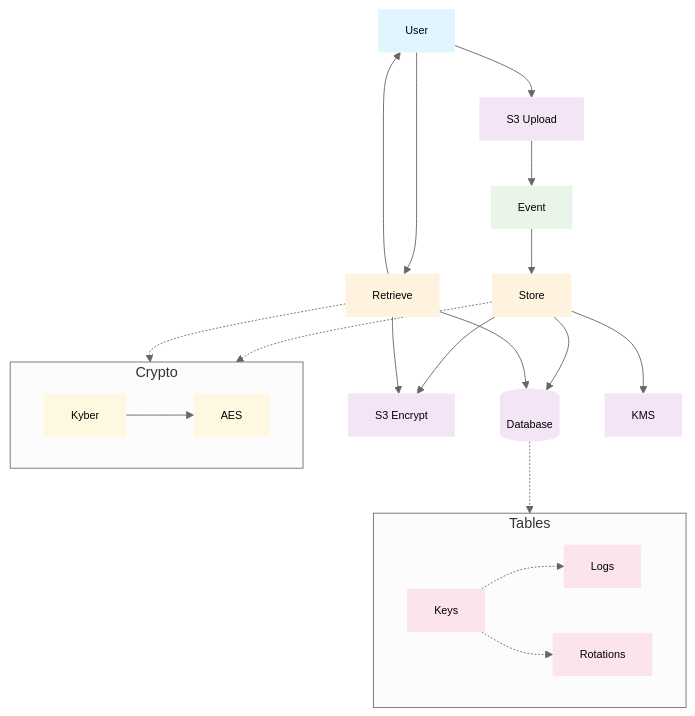
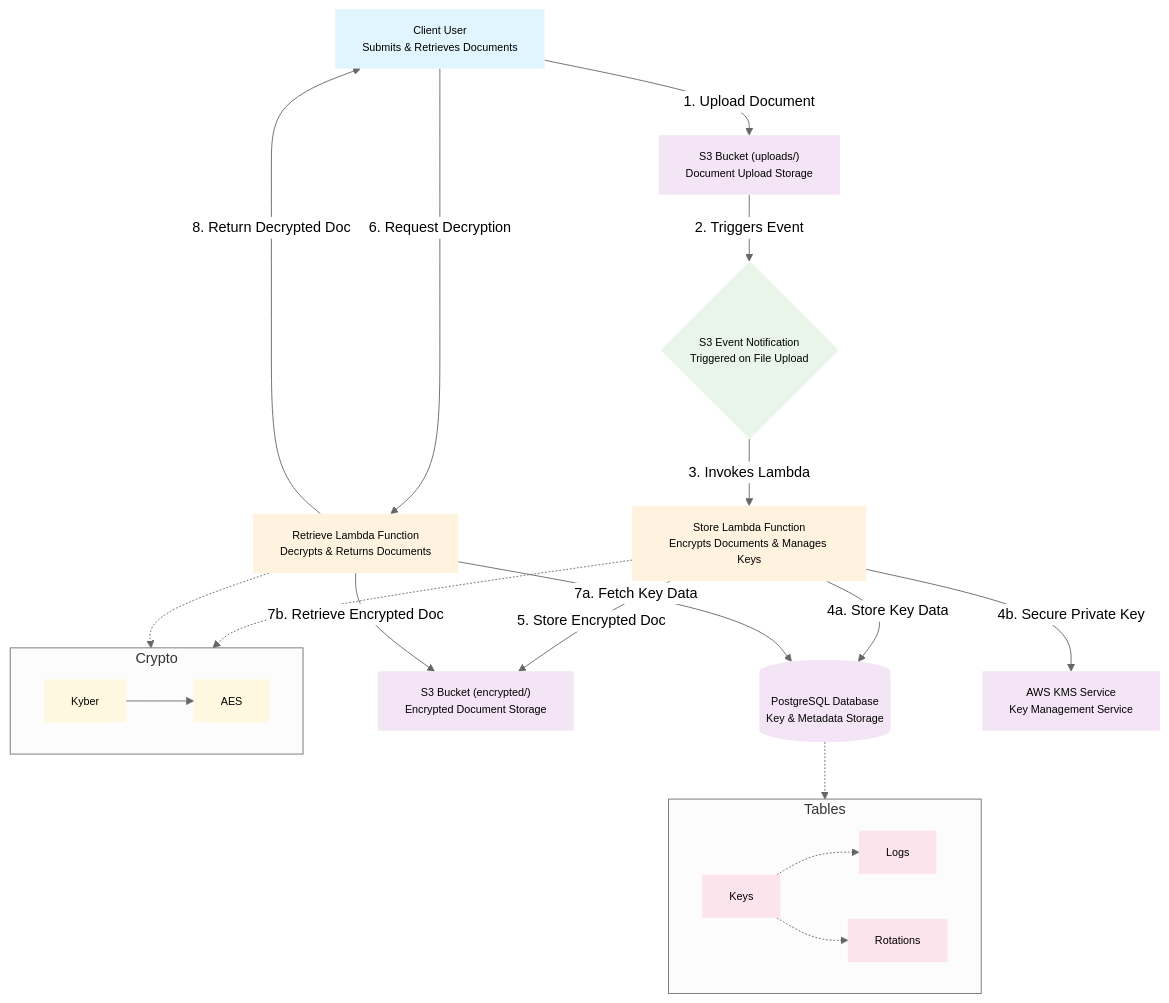
The diagram in architecture.mmd (m1rl0k/pqfile), drawn with Mermaid (neutral theme) before and after one commit.

```diff
--- a/architecture.mmd
+++ b/architecture.mmd
@@ -1,68 +1,80 @@
-graph TB
-    %% External Components
-    User["User"]
-    S3Up["S3 Upload"]
-    S3Enc["S3 Encrypt"]
+flowchart TB
+    %% Define node styles with wider width to prevent text cutoff
+    classDef userNode fill:#f9f,stroke:#333,stroke-width:2px
+    classDef storageNode fill:#bbf,stroke:#333,stroke-width:2px
+    classDef serviceNode fill:#bfb,stroke:#333,stroke-width:2px
+    classDef eventNode fill:#fbb,stroke:#333,stroke-width:2px
+    
+    %% External Components with descriptive labels
+    User["Client User\nSubmits & Retrieves Documents"] 
+    S3Up["S3 Bucket (uploads/)\nDocument Upload Storage"] 
+    S3Enc["S3 Bucket (encrypted/)\nEncrypted Document Storage"] 
 
-    %% Core Services
-    Store["Store"]
-    Retrieve["Retrieve"]
-    DB[("Database")]
-    KMS["KMS"]
+    %% Core Services with descriptive labels
+    Store["Store Lambda Function\nEncrypts Documents & Manages Keys"] 
+    Retrieve["Retrieve Lambda Function\nDecrypts & Returns Documents"] 
+    DB[("PostgreSQL Database\nKey & Metadata Storage")] 
+    KMS["AWS KMS Service\nKey Management Service"] 
 
     %% Event Flow
-    Event["Event"]
+    Event{"S3 Event Notification\nTriggered on File Upload"} 
     
-    %% User Interactions
-    User --> S3Up
-    User --> Retrieve
+    %% Flow Connections with labels
+    User -->|"1. Upload Document"| S3Up
+    User -->|"6. Request Decryption"| Retrieve
 
     %% Automatic Encryption Flow
-    S3Up --> Event
-    Event --> Store
-    Store --> DB
-    Store --> KMS
-    Store --> S3Enc
+    S3Up -->|"2. Triggers Event"| Event
+    Event -->|"3. Invokes Lambda"| Store
+    Store -->|"4a. Store Key Data"| DB
+    Store -->|"4b. Secure Private Key"| KMS
+    Store -->|"5. Store Encrypted Doc"| S3Enc
 
     %% Decryption Flow
-    Retrieve --> DB
-    Retrieve --> S3Enc
-    Retrieve --> User
+    Retrieve -->|"7a. Fetch Key Data"| DB
+    Retrieve -->|"7b. Retrieve Encrypted Doc"| S3Enc
+    Retrieve -->|"8. Return Decrypted Doc"| User
     
+    %% Apply styles
+    class User userNode
+    class S3Up,S3Enc storageNode
+    class Store,Retrieve,DB,KMS serviceNode
+    class Event eventNode
+
     %% Algorithm Details
     subgraph Algo ["Crypto"]
         Kyber["Kyber"]
         AES["AES"]
         Kyber --> AES
     end
 
     Store -.-> Algo
     Retrieve -.-> Algo
 
     %% Database Schema
     subgraph DBSchema ["Tables"]
         Keys["Keys"]
         Logs["Logs"]
         Rots["Rotations"]
 
         Keys -.-> Logs
         Keys -.-> Rots
     end
 
     DB -.-> DBSchema
     
     %% Styling
     classDef userClass fill:#e1f5fe,stroke:none,font-size:12px,color:#000,min-width:80px
     classDef lambdaClass fill:#fff3e0,stroke:none,font-size:12px,color:#000,min-width:80px
     classDef storageClass fill:#f3e5f5,stroke:none,font-size:12px,color:#000,min-width:80px
     classDef eventClass fill:#e8f5e8,stroke:none,font-size:12px,color:#000,min-width:80px
     classDef algorithmClass fill:#fff8e1,stroke:none,font-size:12px,color:#000,min-width:80px
     classDef dbClass fill:#fce4ec,stroke:none,font-size:12px,color:#000,min-width:80px
 
     class User userClass
     class Store,Retrieve lambdaClass
     class S3Up,S3Enc storageClass
     class DB,KMS storageClass
     class Event eventClass
     class Kyber,AES algorithmClass
     class Keys,Logs,Rots dbClass
```
